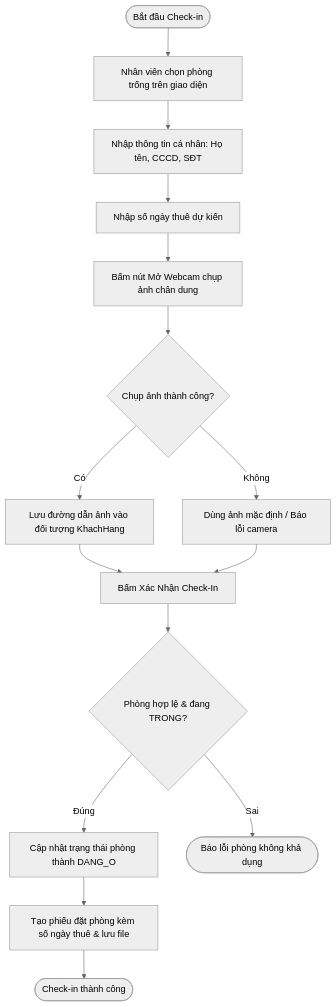
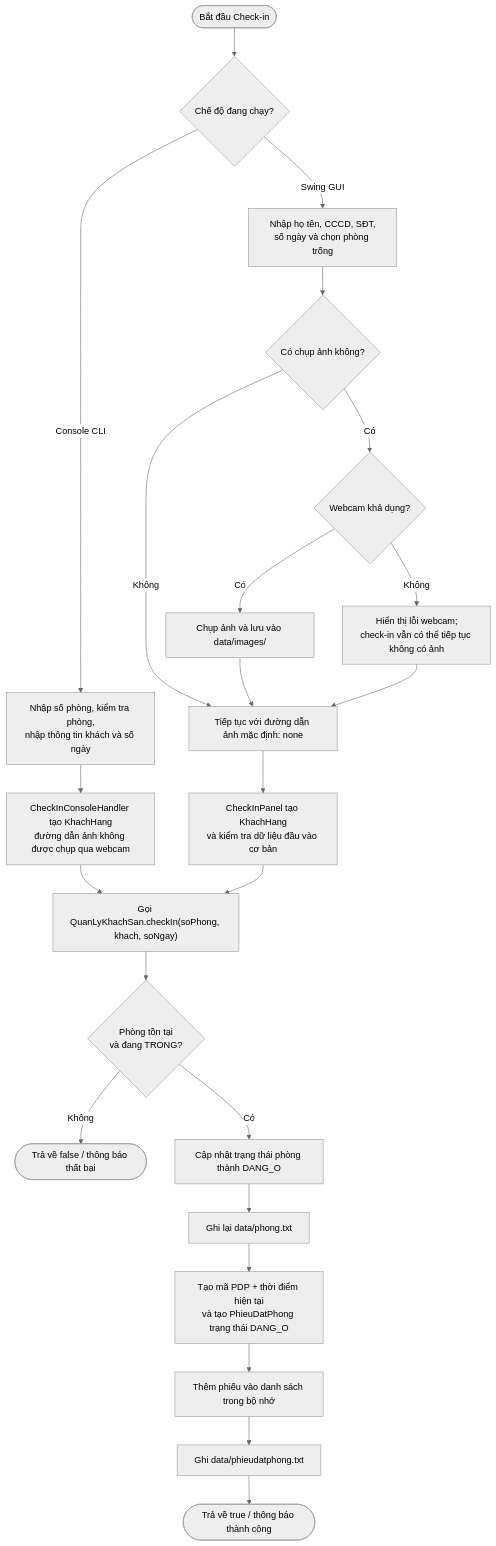
One commit to NNTTuan/HotelBookingSystem changed the diagram in docs/diagrams/activity_checkin.mmd. Above: the diagram before and after it, drawn with Mermaid (neutral theme). The commit also changed 17 other files, not shown here.

```diff
--- a/docs/diagrams/activity_checkin.mmd
+++ b/docs/diagrams/activity_checkin.mmd
@@ -1,19 +1,27 @@
 flowchart TD
-    Start([Bắt đầu Check-in]) --> Step1[Nhân viên chọn phòng trống trên giao diện]
-    Step1 --> Step2[Nhập thông tin cá nhân: Họ tên, CCCD, SĐT]
-    Step2 --> Step3[Nhập số ngày thuê dự kiến]
-    Step3 --> Step4[Bấm nút Mở Webcam chụp ảnh chân dung]
+    Start([Bắt đầu Check-in]) --> Mode{Chế độ đang chạy?}
 
-    Step4 --> CheckCam{Chụp ảnh thành công?}
-    CheckCam -- Có --> Step5[Lưu đường dẫn ảnh vào đối tượng KhachHang]
-    CheckCam -- Không --> Step6[Dùng ảnh mặc định / Báo lỗi camera]
+    Mode -->|Swing GUI| GUIForm[Nhập họ tên, CCCD, SĐT,<br/>số ngày và chọn phòng trống]
+    Mode -->|Console CLI| CLIForm[Nhập số phòng, kiểm tra phòng,<br/>nhập thông tin khách và số ngày]
 
-    Step5 --> Step7[Bấm Xác Nhận Check-In]
-    Step6 --> Step7
+    GUIForm --> PhotoChoice{Có chụp ảnh không?}
+    PhotoChoice -->|Có| CameraCheck{Webcam khả dụng?}
+    PhotoChoice -->|Không| CreateGuest[Tiếp tục với đường dẫn ảnh mặc định: none]
+    CameraCheck -->|Có| Capture[Chụp ảnh và lưu vào data/images/]
+CameraCheck -->|Không| NoPhoto[Hiển thị lỗi webcam;<br/>check-in vẫn có thể tiếp tục không có ảnh]
+Capture --> CreateGuest
+NoPhoto --> CreateGuest
 
-    Step7 --> CheckValid{Phòng hợp lệ & đang TRONG?}
-    CheckValid -- Đúng --> Step8[Cập nhật trạng thái phòng thành DANG_O]
-    Step8 --> Step9[Tạo phiếu đặt phòng kèm số ngày thuê & lưu file]
-    Step9 --> Success([Check-in thành công])
+CreateGuest --> InputCheck[CheckInPanel tạo KhachHang<br/>và kiểm tra dữ liệu đầu vào cơ bản]
+CLIForm --> CLIGuest[CheckInConsoleHandler tạo KhachHang<br/>đường dẫn ảnh không được chụp qua webcam]
+CLIGuest --> CallService[" Gọi QuanLyKhachSan.checkIn(soPhong, khach, soNgay) "]
+InputCheck --> CallService
 
-    CheckValid -- Sai --> Error([Báo lỗi phòng không khả dụng])
+CallService --> RoomValid{Phòng tồn tại<br/>và đang TRONG?}
+RoomValid -->|Không| Failed([Trả về false / thông báo thất bại])
+RoomValid -->|Có| SetOccupied[Cập nhật trạng thái phòng thành DANG_O]
+SetOccupied --> SaveRoom[Ghi lại data/phong.txt]
+SaveRoom --> MakeBooking[Tạo mã PDP + thời điểm hiện tại<br/>và tạo PhieuDatPhong trạng thái DANG_O]
+MakeBooking --> AddBooking[Thêm phiếu vào danh sách trong bộ nhớ]
+AddBooking --> SaveBooking[Ghi data/phieudatphong.txt]
+SaveBooking --> Success([Trả về true / thông báo thành công])
```
